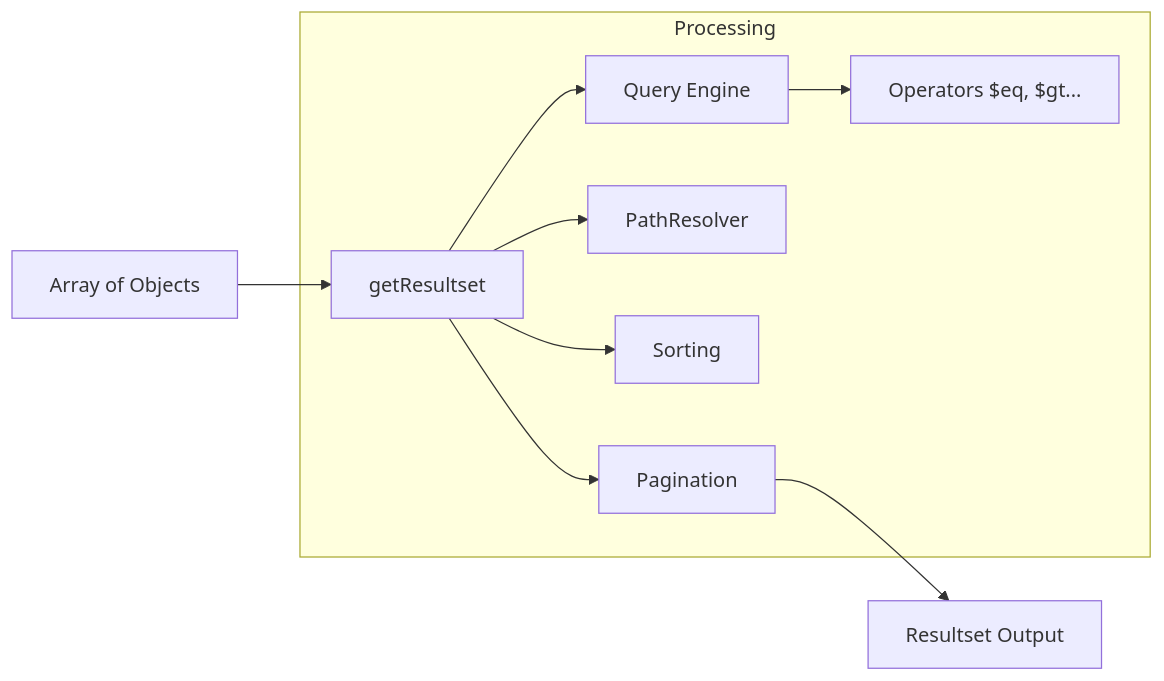
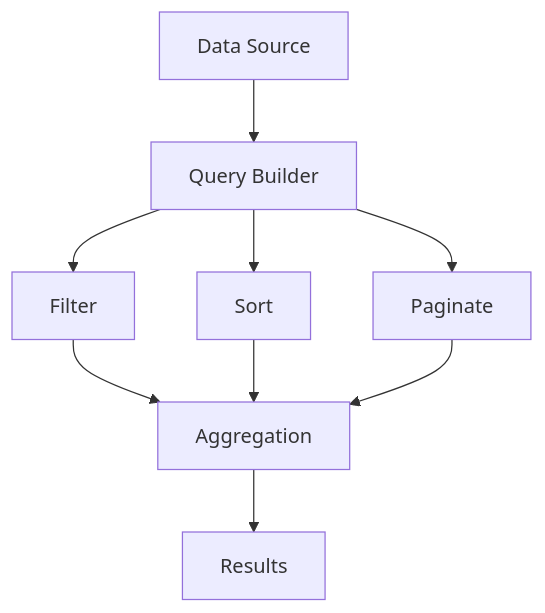
Before and after one commit to medyll/idae: the diagram in packages/idae-query/README.md, drawn with Mermaid. The commit also changed other lines of this file and 17 other files, not shown here.

````diff
--- a/packages/idae-query/README.md
+++ b/packages/idae-query/README.md
@@ -396,14 +7,11 @@
 ```mermaid
-flowchart LR
-  Data[Array of Objects] --> RS[getResultset]
-  RS --> Query[Query Engine]
-  
-  subgraph Engine [Processing]
-    Query --> Op[Operators $eq, $gt...]
-    RS --> Path[PathResolver]
-    RS --> Sort[Sorting]
-    RS --> Page[Pagination]
-  end
-
-  Page --> Final[Resultset Output]
+graph TD
+    A[Data Source] --> B[Query Builder]
+    B --> C[Filter]
+    B --> D[Sort]
+    B --> E[Paginate]
+    C --> F[Aggregation]
+    D --> F
+    E --> F
+    F --> G[Results]
 ```
````
